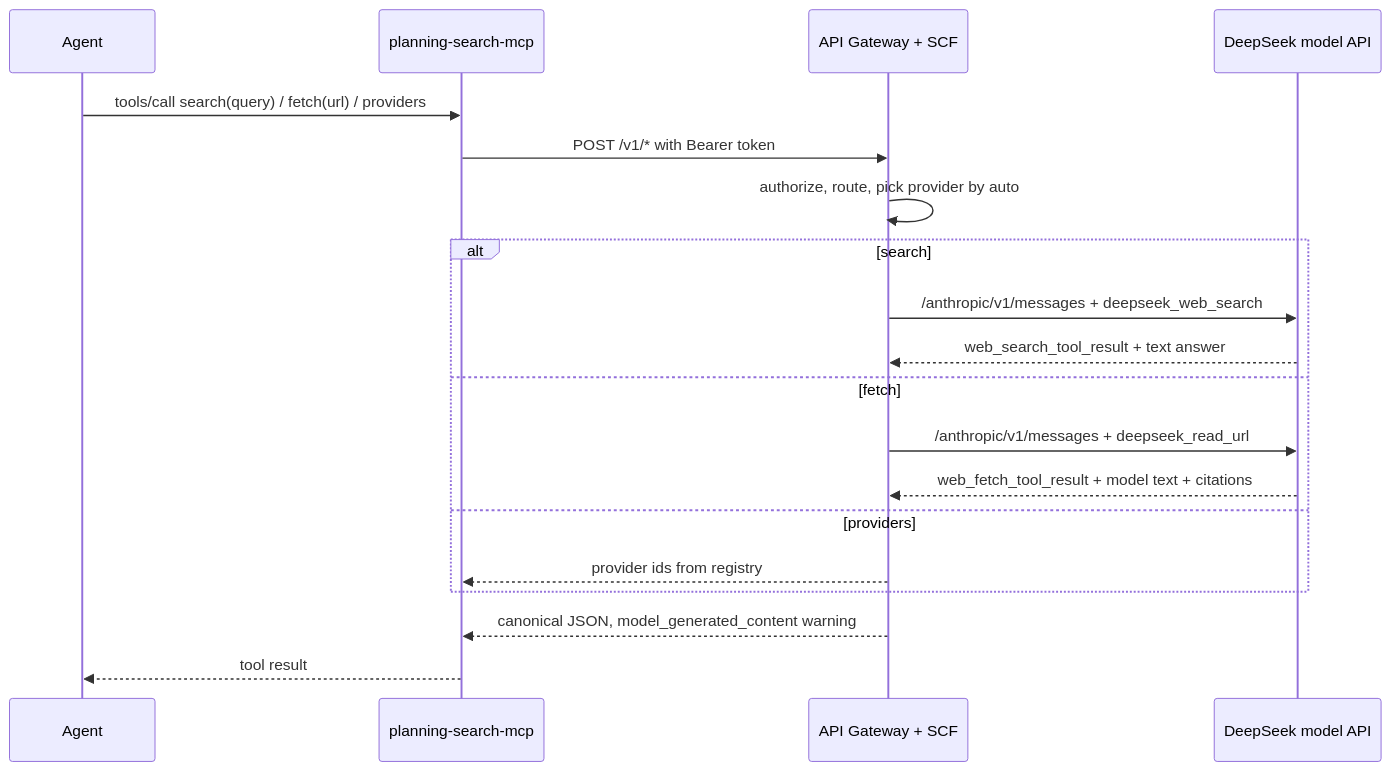
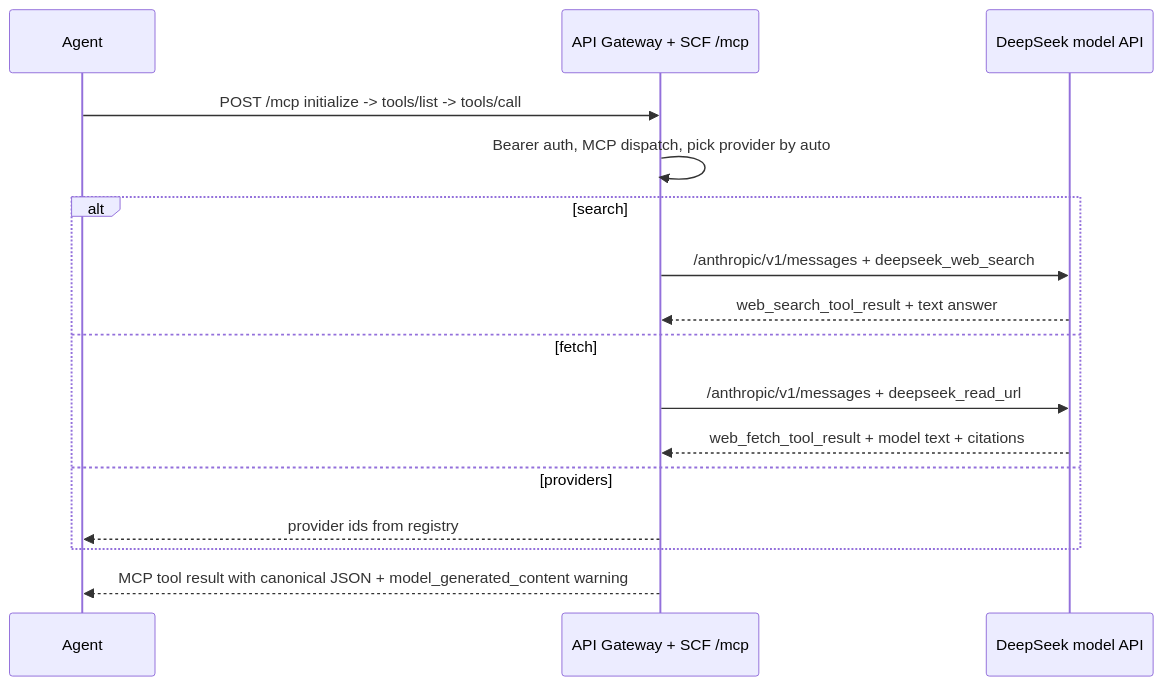
The second of 2 diagrams in README.md (KrabsWong/yooooo-search-gateway), drawn with Mermaid before and after one commit. The commit also changed other lines of this file and 5 other files, not shown here.

````diff
--- a/README.md
+++ b/README.md
@@ -49,22 +48,19 @@
 ```mermaid
 sequenceDiagram
     participant A as Agent
-    participant M as planning-search-mcp
-    participant GW as API Gateway + SCF
+    participant GW as API Gateway + SCF /mcp
     participant D as DeepSeek model API
 
-    A->>M: tools/call search(query) / fetch(url) / providers
-    M->>GW: POST /v1/* with Bearer token
-    GW->>GW: authorize, route, pick provider by auto
+    A->>GW: POST /mcp initialize -> tools/list -> tools/call
+    GW->>GW: Bearer auth, MCP dispatch, pick provider by auto
     alt search
         GW->>D: /anthropic/v1/messages + deepseek_web_search
         D-->>GW: web_search_tool_result + text answer
     else fetch
         GW->>D: /anthropic/v1/messages + deepseek_read_url
         D-->>GW: web_fetch_tool_result + model text + citations
     else providers
-        GW-->>M: provider ids from registry
+        GW-->>A: provider ids from registry
     end
-    GW-->>M: canonical JSON, model_generated_content warning
-    M-->>A: tool result
+    GW-->>A: MCP tool result with canonical JSON + model_generated_content warning
 ```
````
